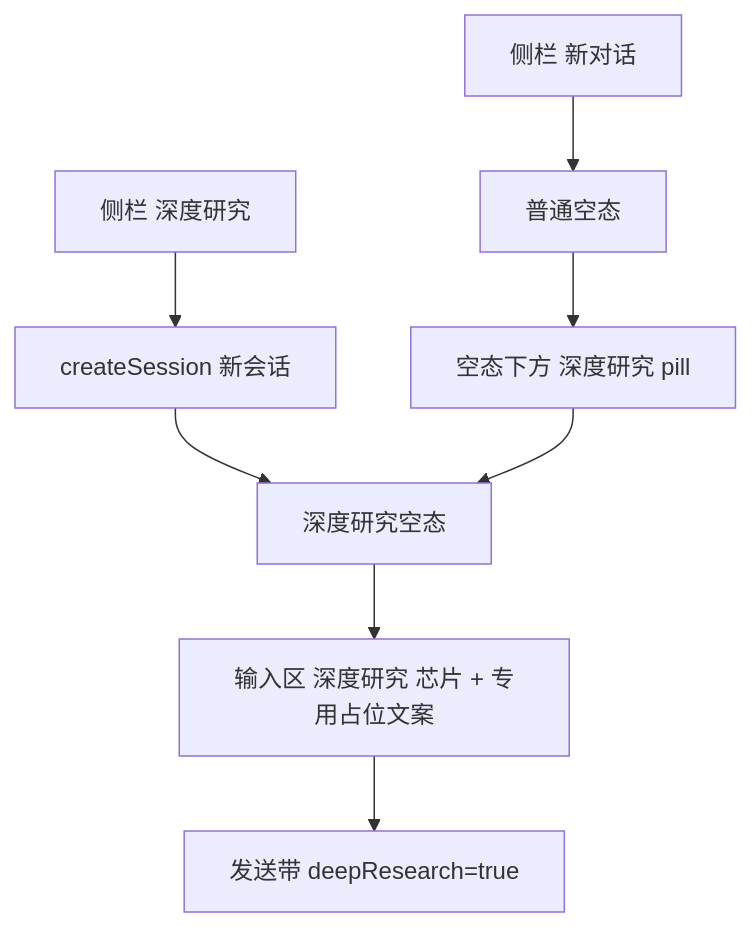
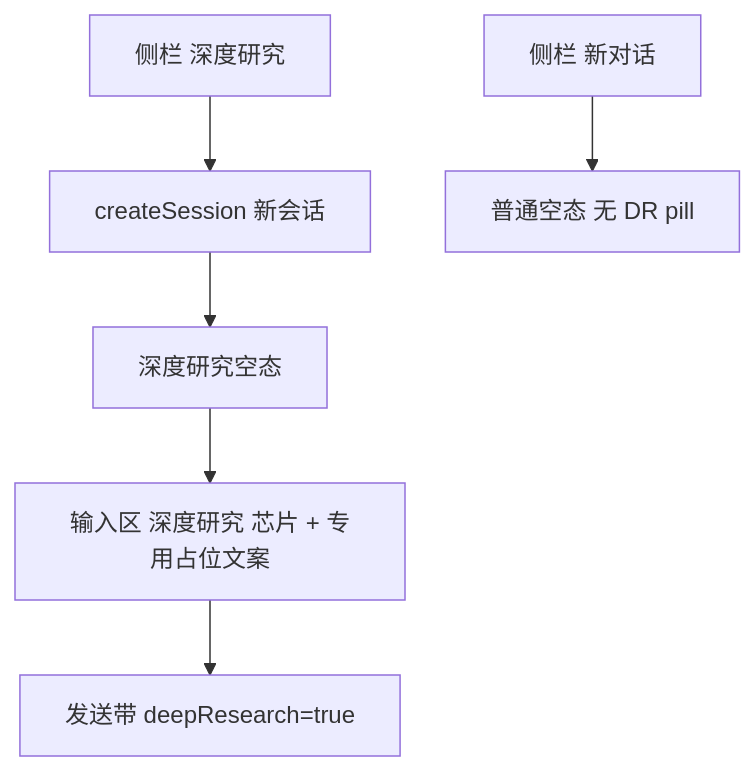
One commit to DemonDamon/AgenticX changed the diagram in .cursor/plans/2026-07-27-enterprise-portal-deep-research-entry-ux.plan.md. Above: the diagram before and after it, drawn with Mermaid. The commit also changed other lines of this file and 46 other files, not shown here.

````diff
--- a/.cursor/plans/2026-07-27-enterprise-portal-deep-research-entry-ux.plan.md
+++ b/.cursor/plans/2026-07-27-enterprise-portal-deep-research-entry-ux.plan.md
@@ -32,10 +35,8 @@
 ```mermaid
 flowchart TD
   SidebarDR["侧栏 深度研究"] --> NewSession["createSession 新会话"]
   NewSession --> DREmpty["深度研究空态"]
-  NewChat["侧栏 新对话"] --> NormalEmpty["普通空态"]
-  NormalEmpty --> Pill["空态下方 深度研究 pill"]
-  Pill --> DREmpty
+  NewChat["侧栏 新对话"] --> NormalEmpty["普通空态 无 DR pill"]
   DREmpty --> Chip["输入区 深度研究 芯片 + 专用占位文案"]
   Chip --> Send["发送带 deepResearch=true"]
 ```
````
